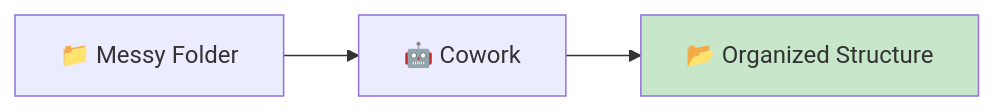
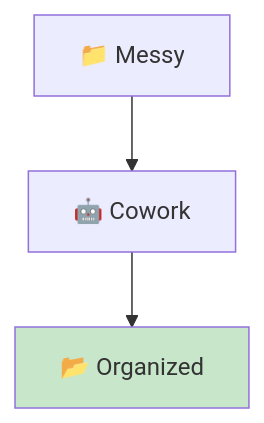
One commit to TheBushidoCollective/han changed the sixth of 10 diagrams in website/content/papers/ai-dlc-2026/runbooks/tooling/claude-cowork.md. Above: the diagram before and after it, drawn with Mermaid. The commit also changed other lines of this file and 21 other files, not shown here.

First line of the commit message:
fix(website): convert all AI-DLC runbook Mermaid diagrams to TB layout

````diff
--- a/website/content/papers/ai-dlc-2026/runbooks/tooling/claude-cowork.md
+++ b/website/content/papers/ai-dlc-2026/runbooks/tooling/claude-cowork.md
@@ -160,7 +156,7 @@
 ```mermaid
-flowchart LR
-    Messy[📁 Messy Folder] --> Cowork[🤖 Cowork]
-    Cowork --> Organized[📂 Organized Structure]
+flowchart TB
+    Messy[📁 Messy] --> Cowork[🤖 Cowork]
+    Cowork --> Organized[📂 Organized]
 
     style Organized fill:#c8e6c9
 ```
````
